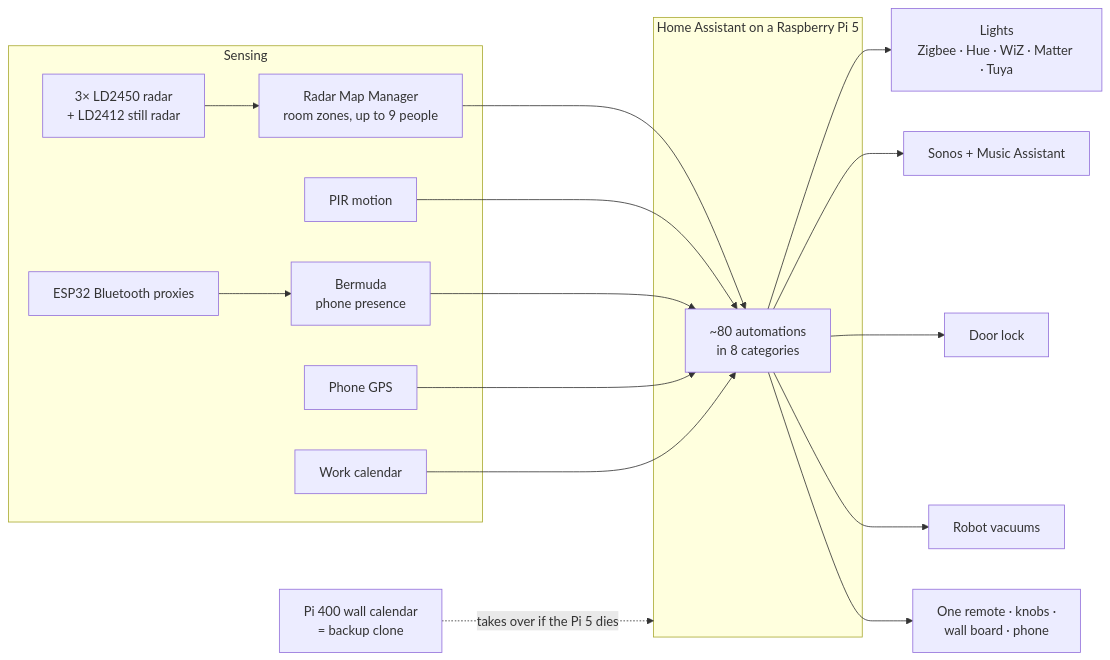
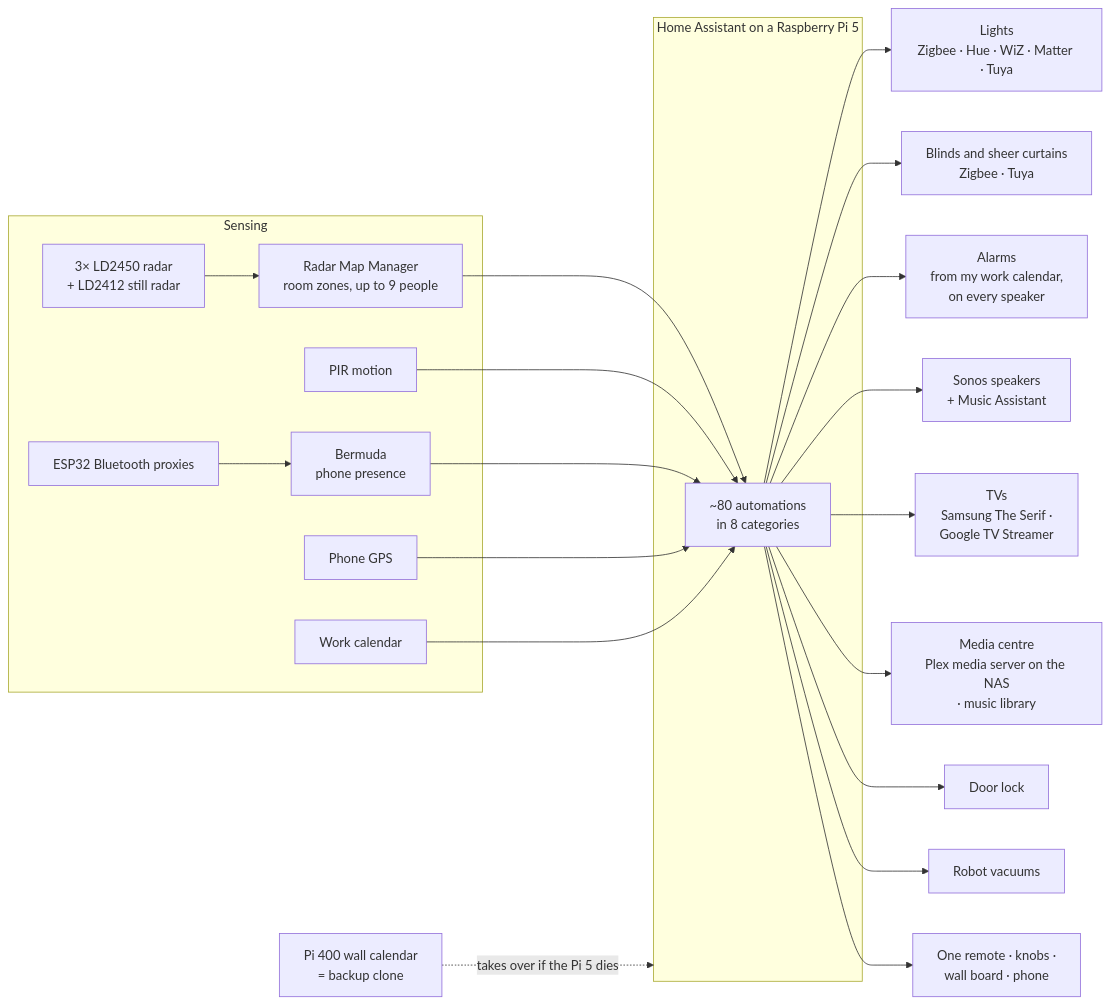
One commit to baes-cloud/baes-cloud-home changed the diagram in README.md. Above: the diagram before and after it, drawn with Mermaid.

Commit message:
Wiring diagram: add blinds, alarms, TVs and the media centre (Plex on the NAS)

````diff
--- a/README.md
+++ b/README.md
@@ -94,24 +94,28 @@
 ```mermaid
 flowchart LR
   subgraph Sense[Sensing]
     Radar[3× LD2450 radar<br/>+ LD2412 still radar] --> RMM[Radar Map Manager<br/>room zones, up to 9 people]
     PIR[PIR motion]
     BLE[ESP32 Bluetooth proxies] --> Bermuda[Bermuda<br/>phone presence]
     GPS[Phone GPS]
     Cal[Work calendar]
   end
   subgraph Brain[Home Assistant on a Raspberry Pi 5]
     Auto[~80 automations<br/>in 8 categories]
   end
   RMM --> Auto
   PIR --> Auto
   Bermuda --> Auto
   GPS --> Auto
   Cal --> Auto
   Auto --> Lights[Lights<br/>Zigbee · Hue · WiZ · Matter · Tuya]
-  Auto --> Sonos[Sonos + Music Assistant]
+  Auto --> Blinds[Blinds and sheer curtains<br/>Zigbee · Tuya]
+  Auto --> Alarms[Alarms<br/>from my work calendar,<br/>on every speaker]
+  Auto --> Sonos[Sonos speakers<br/>+ Music Assistant]
+  Auto --> TVs[TVs<br/>Samsung The Serif ·<br/>Google TV Streamer]
+  Auto --> Media[Media centre<br/>Plex media server on the NAS<br/>· music library]
   Auto --> Door[Door lock]
   Auto --> Robots[Robot vacuums]
   Auto --> Screens[One remote · knobs ·<br/>wall board · phone]
   Standby[Pi 400 wall calendar<br/>= backup clone] -. takes over if the Pi 5 dies .-> Brain
 ```
````
